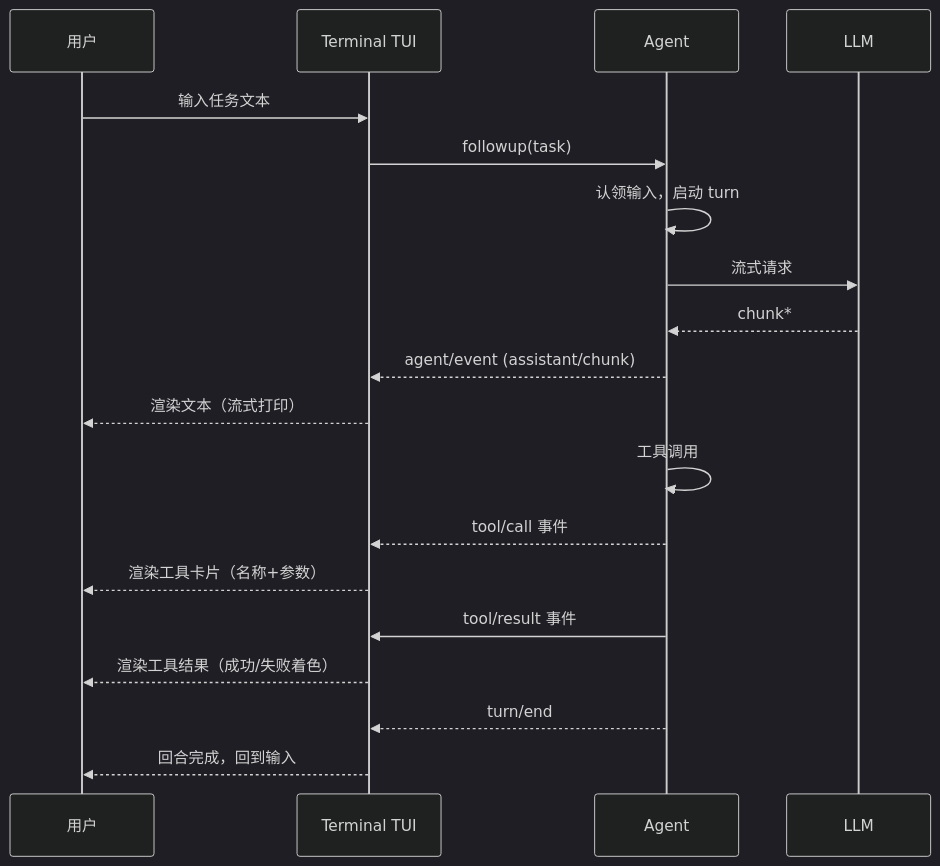
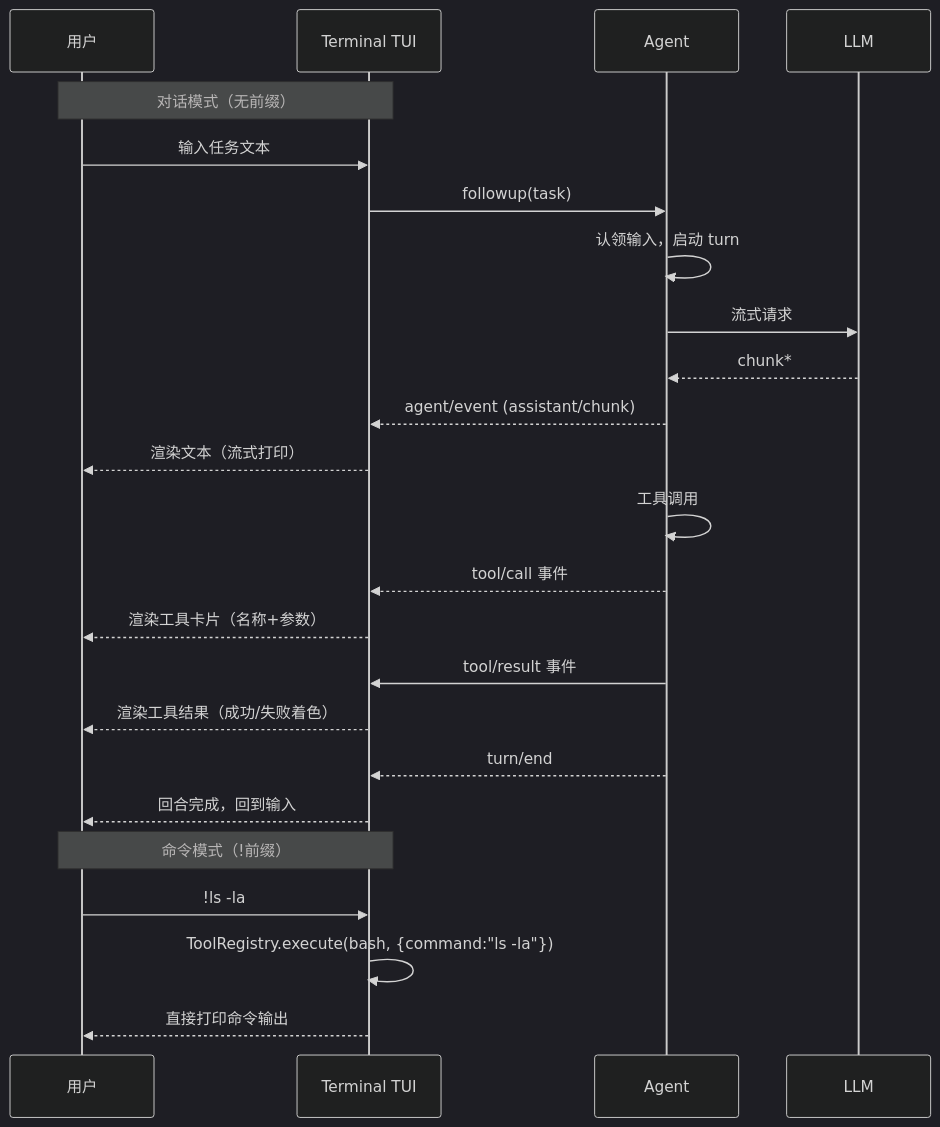
Before and after one commit to SparkNJU/SparkCode: the third of 4 diagrams in docs/SparkCode技术方案.md, drawn with Mermaid (dark theme). The commit also changed other lines of this file and 2 other files, not shown here.

````diff
--- a/docs/SparkCode技术方案.md
+++ b/docs/SparkCode技术方案.md
@@ -832,21 +839,28 @@
 ```mermaid
 sequenceDiagram
   participant U as 用户
   participant T as Terminal TUI
   participant A as Agent
   participant L as LLM
+
+  Note over U,T: 对话模式（无前缀）
   U->>T: 输入任务文本
   T->>A: followup(task)
   A->>A: 认领输入，启动 turn
   A->>L: 流式请求
   L-->>A: chunk*
   A-->>T: agent/event (assistant/chunk)
   T-->>U: 渲染文本（流式打印）
   A->>A: 工具调用
   A-->>T: tool/call 事件
   T-->>U: 渲染工具卡片（名称+参数）
   A->>T: tool/result 事件
   T-->>U: 渲染工具结果（成功/失败着色）
   A-->>T: turn/end
   T-->>U: 回合完成，回到输入
+
+  Note over U,T: 命令模式（!前缀）
+  U->>T: !ls -la
+  T->>T: ToolRegistry.execute(bash, {command:"ls -la"})
+  T-->>U: 直接打印命令输出
 ```
````
